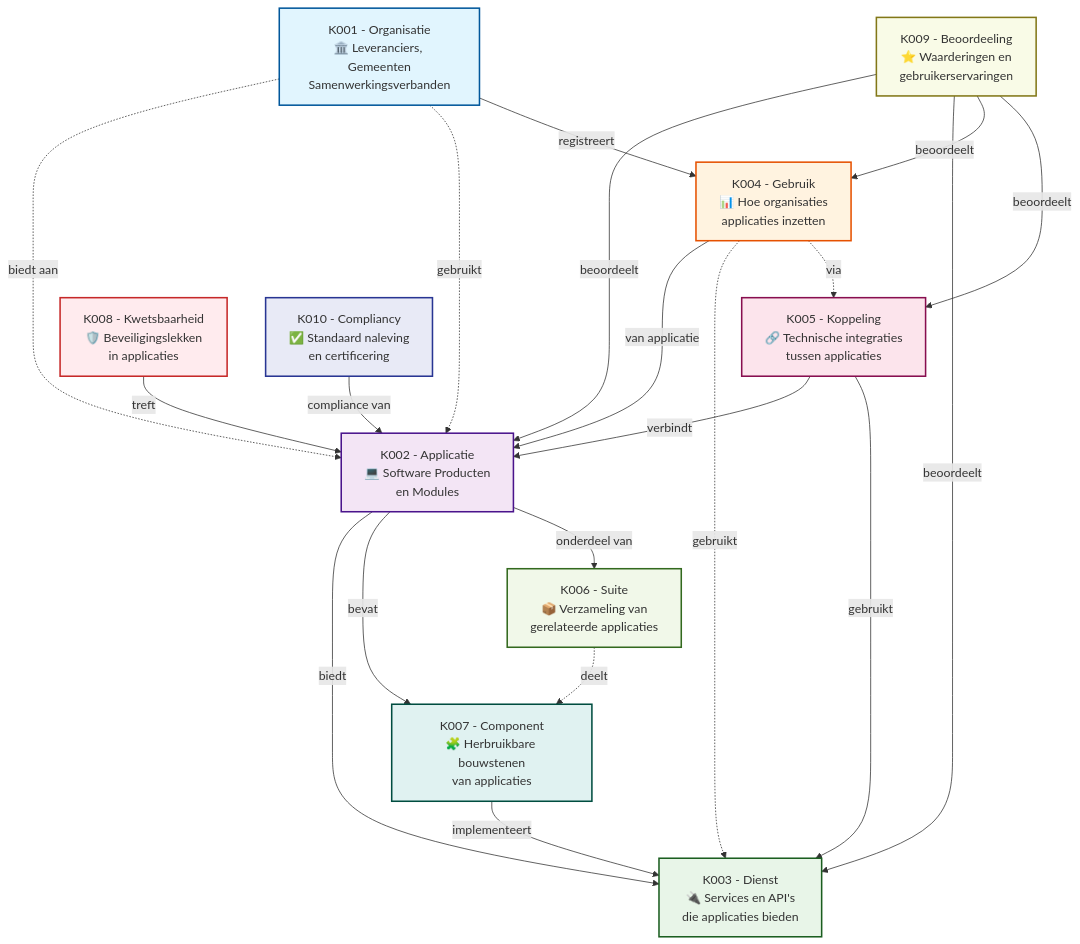
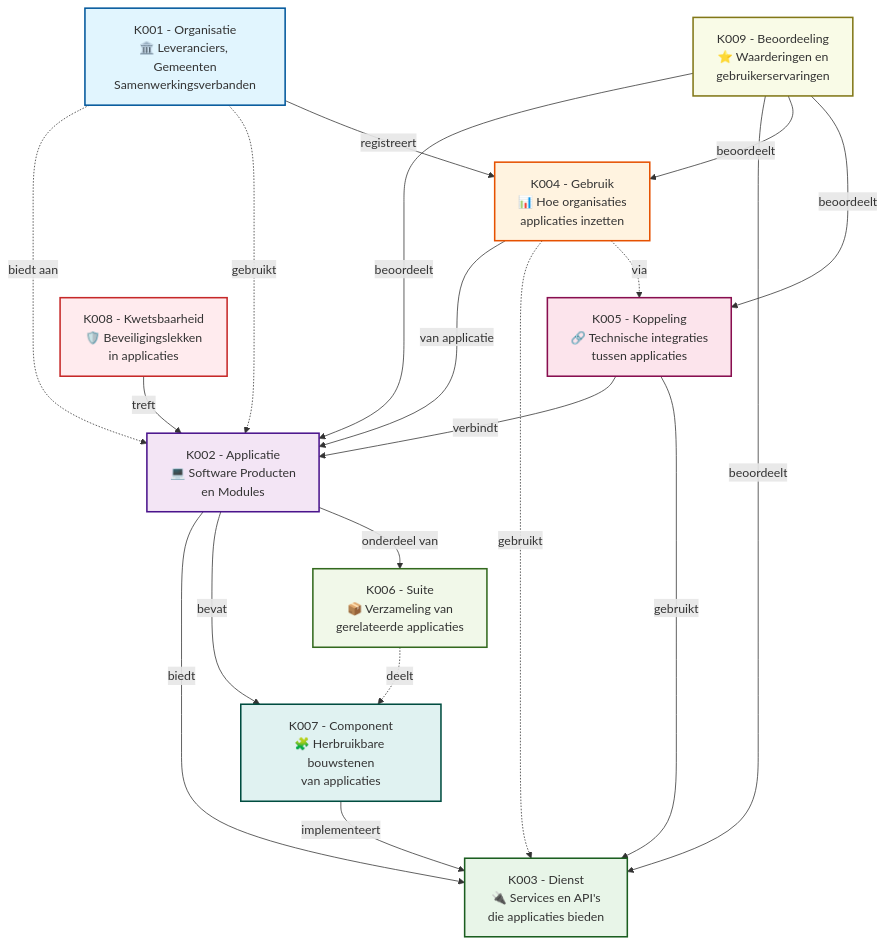
Before and after one commit to VNG-Realisatie/Softwarecatalogus: the diagram in website/docs/Concepten/index.md, drawn with Mermaid. The commit also changed other lines of this file and 5 other files, not shown here.

````diff
--- a/website/docs/Concepten/index.md
+++ b/website/docs/Concepten/index.md
@@ -20,62 +20,57 @@
 ```mermaid
 graph TB
     %% Kern Concepten
     K001[K001 - Organisatie<br/>🏛️ Leveranciers, Gemeenten<br/>Samenwerkingsverbanden]
     K002[K002 - Applicatie<br/>💻 Software Producten<br/>en Modules]
     K003[K003 - Dienst<br/>🔌 Services en API's<br/>die applicaties bieden]
     K004[K004 - Gebruik<br/>📊 Hoe organisaties<br/>applicaties inzetten]
     K005[K005 - Koppeling<br/>🔗 Technische integraties<br/>tussen applicaties]
     K006[K006 - Suite<br/>📦 Verzameling van<br/>gerelateerde applicaties]
     K007[K007 - Component<br/>🧩 Herbruikbare bouwstenen<br/>van applicaties]
     K008[K008 - Kwetsbaarheid<br/>🛡️ Beveiligingslekken<br/>in applicaties]
     K009[K009 - Beoordeeling<br/>⭐ Waarderingen en<br/>gebruikerservaringen]
-    K010[K010 - Compliancy<br/>✅ Standaard naleving<br/>en certificering]
-
     %% Primaire Relaties
     K001 -.->|"biedt aan"| K002
     K001 -.->|"gebruikt"| K002
     K002 -->|"biedt"| K003
     K002 -->|"bevat"| K007
     K002 -->|"onderdeel van"| K006
     K001 -->|"registreert"| K004
     K004 -->|"van applicatie"| K002
     K005 -->|"verbindt"| K002
     K005 -->|"gebruikt"| K003
     K007 -->|"implementeert"| K003
 
     %% Kwaliteit Relaties
     K008 -->|"treft"| K002
     K009 -->|"beoordeelt"| K002
     K009 -->|"beoordeelt"| K003
     K009 -->|"beoordeelt"| K004
     K009 -->|"beoordeelt"| K005
-    K010 -->|"compliance van"| K002
 
     %% Secundaire Relaties
     K006 -.->|"deelt"| K007
     K004 -.->|"gebruikt"| K003
     K004 -.->|"via"| K005
 
     %% Styling
     classDef organisatie fill:#e1f5fe,stroke:#01579b,stroke-width:2px
     classDef applicatie fill:#f3e5f5,stroke:#4a148c,stroke-width:2px
     classDef dienst fill:#e8f5e8,stroke:#1b5e20,stroke-width:2px
     classDef gebruik fill:#fff3e0,stroke:#e65100,stroke-width:2px
     classDef koppeling fill:#fce4ec,stroke:#880e4f,stroke-width:2px
     classDef suite fill:#f1f8e9,stroke:#33691e,stroke-width:2px
     classDef component fill:#e0f2f1,stroke:#004d40,stroke-width:2px
     classDef kwetsbaarheid fill:#ffebee,stroke:#c62828,stroke-width:2px
     classDef beoordeeling fill:#f9fbe7,stroke:#827717,stroke-width:2px
-    classDef compliancy fill:#e8eaf6,stroke:#283593,stroke-width:2px
 
     class K001 organisatie
     class K002 applicatie
     class K003 dienst
     class K004 gebruik
     class K005 koppeling
     class K006 suite
     class K007 component
     class K008 kwetsbaarheid
     class K009 beoordeeling
-    class K010 compliancy
 ```
````
